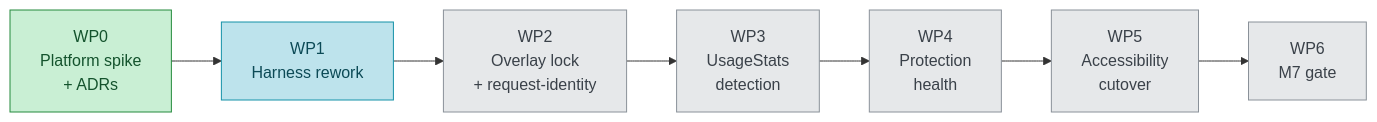
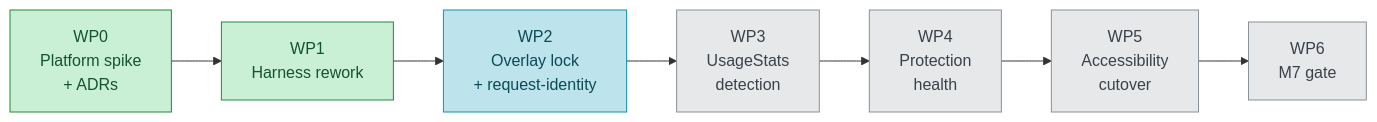
The third of 3 diagrams in README.md (PyrosCat/App_lock), drawn with Mermaid before and after one commit. The commit also changed other lines of this file and 4 other files, not shown here.

````diff
--- a/README.md
+++ b/README.md
@@ -98,16 +98,16 @@
 ```mermaid
 flowchart LR
     classDef done fill:#c9efd4,stroke:#248a3d,color:#14532d
     classDef next fill:#bde3ec,stroke:#1592a8,color:#0c4a56
     classDef todo fill:#e6e8ea,stroke:#8a9199,color:#3a4149
 
     WP0["WP0<br/>Platform spike<br/>+ ADRs"]:::done
-    WP1["WP1<br/>Harness rework"]:::next
-    WP2["WP2<br/>Overlay lock<br/>+ request-identity"]:::todo
+    WP1["WP1<br/>Harness rework"]:::done
+    WP2["WP2<br/>Overlay lock<br/>+ request-identity"]:::next
     WP3["WP3<br/>UsageStats<br/>detection"]:::todo
     WP4["WP4<br/>Protection<br/>health"]:::todo
     WP5["WP5<br/>Accessibility<br/>cutover"]:::todo
     WP6["WP6<br/>M7 gate"]:::todo
 
     WP0 --> WP1 --> WP2 --> WP3 --> WP4 --> WP5 --> WP6
 ```
````
